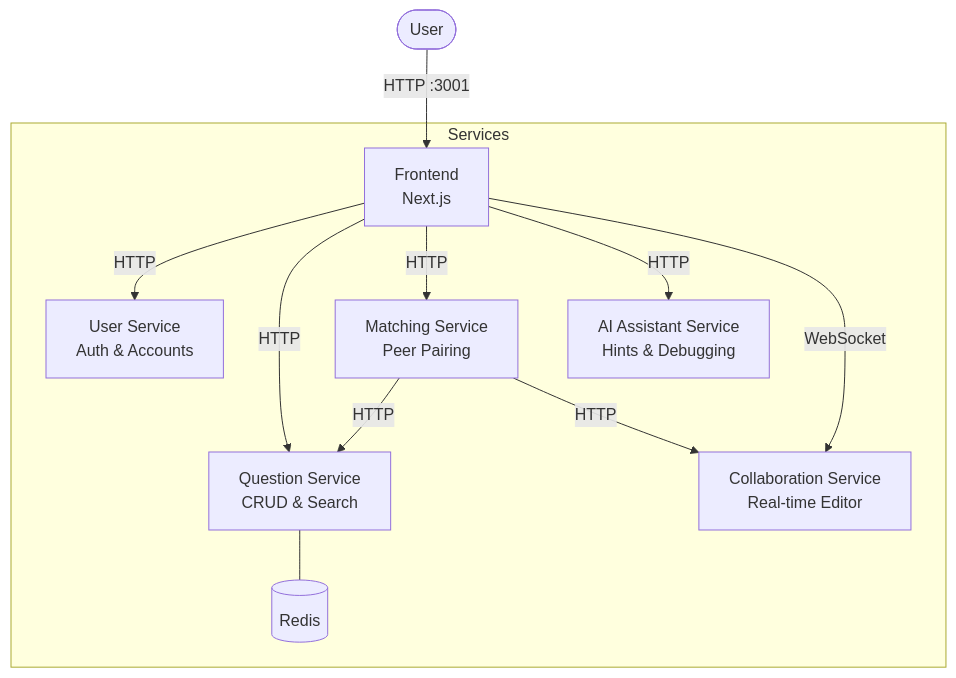
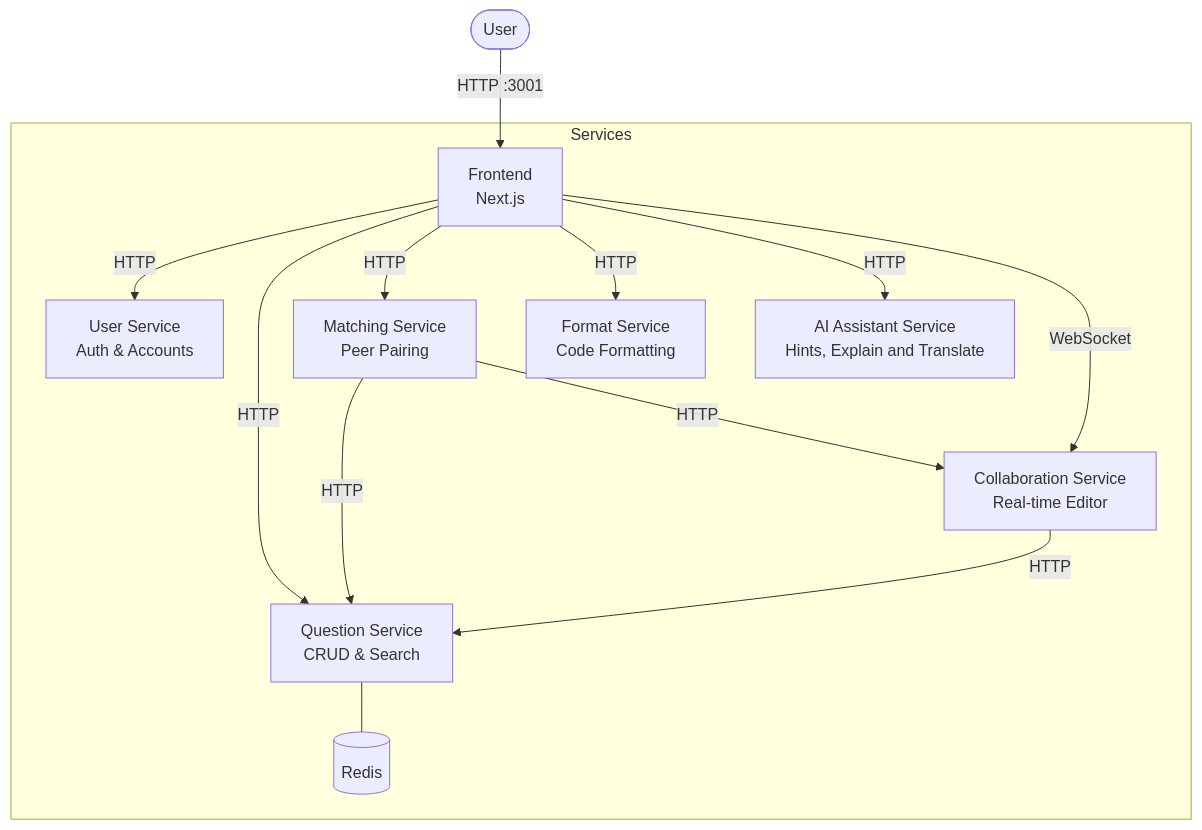
One commit to CS3219-AY2526S2/peerprep-g11 changed the diagram in README.md. Above: the diagram before and after it, drawn with Mermaid. The commit also changed other lines of this file and 20 other files, not shown here.

````diff
--- a/README.md
+++ b/README.md
@@ -7,26 +7,29 @@
 ```mermaid
 graph TD
     User([User])
 
     User -->|HTTP :3001| Frontend
 
     subgraph Services
         Frontend[Frontend\nNext.js]
         UserSvc[User Service\nAuth & Accounts]
         QuestionSvc[Question Service\nCRUD & Search]
         MatchingSvc[Matching Service\nPeer Pairing]
         CollabSvc[Collaboration Service\nReal-time Editor]
-        AISvc[AI Assistant Service\nHints & Debugging]
+        FormatSvc[Format Service\nCode Formatting]
+        AISvc[AI Assistant Service\nHints, Explain and Translate]
         Redis[(Redis)]
     end
 
     Frontend -->|HTTP| UserSvc
     Frontend -->|HTTP| QuestionSvc
     Frontend -->|HTTP| MatchingSvc
+    Frontend -->|HTTP| FormatSvc
     Frontend -->|HTTP| AISvc
     Frontend -->|WebSocket| CollabSvc
 
     MatchingSvc -->|HTTP| QuestionSvc
     MatchingSvc -->|HTTP| CollabSvc
+    CollabSvc -->|HTTP| QuestionSvc
     QuestionSvc --- Redis
 ```
````
